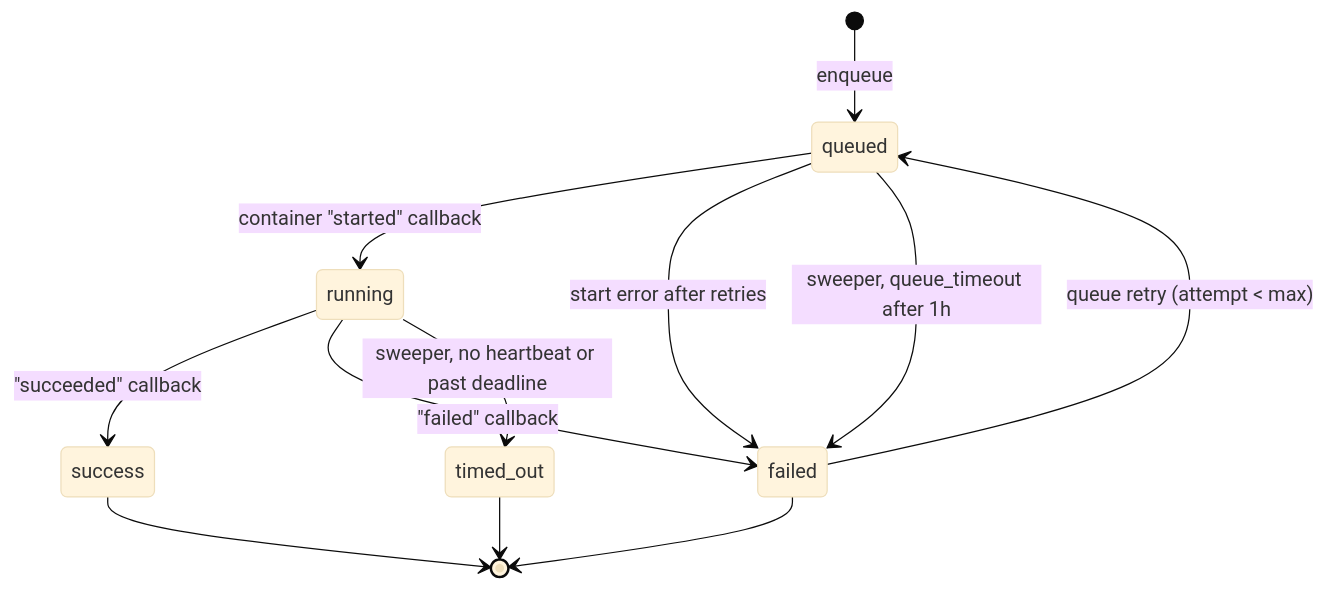
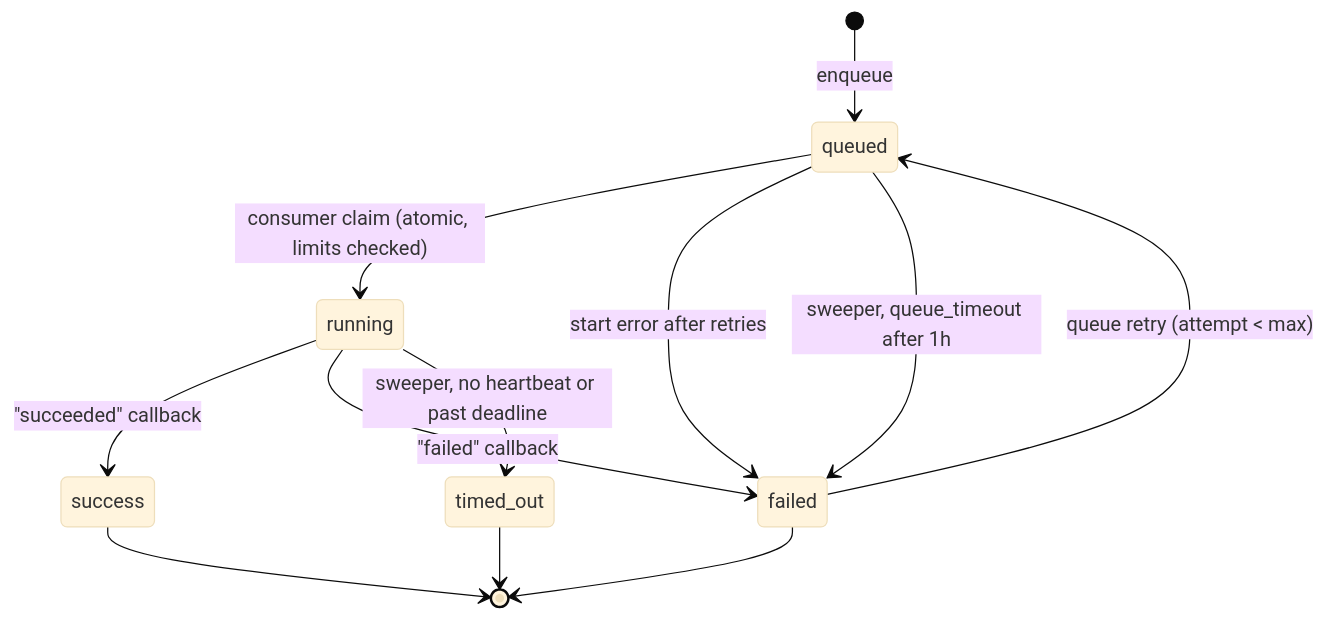
One commit to theerakarnm/Cellar changed the second of 2 diagrams in docs/PLAN.md. Above: the diagram before and after it, drawn with Mermaid (base theme). The commit also changed other lines of this file and 1 other file, not shown here.

````diff
--- a/docs/PLAN.md
+++ b/docs/PLAN.md
@@ -300,14 +321,14 @@
 ```mermaid
 stateDiagram-v2
   [*] --> queued: enqueue
-  queued --> running: container "started" callback
+  queued --> running: consumer claim (atomic, limits checked)
   queued --> failed: start error after retries
   running --> success: "succeeded" callback
   running --> failed: "failed" callback
   running --> timed_out: sweeper, no heartbeat or past deadline
   queued --> failed: sweeper, queue_timeout after 1h
   failed --> queued: queue retry (attempt < max)
   success --> [*]
   failed --> [*]
   timed_out --> [*]
 ```
````
